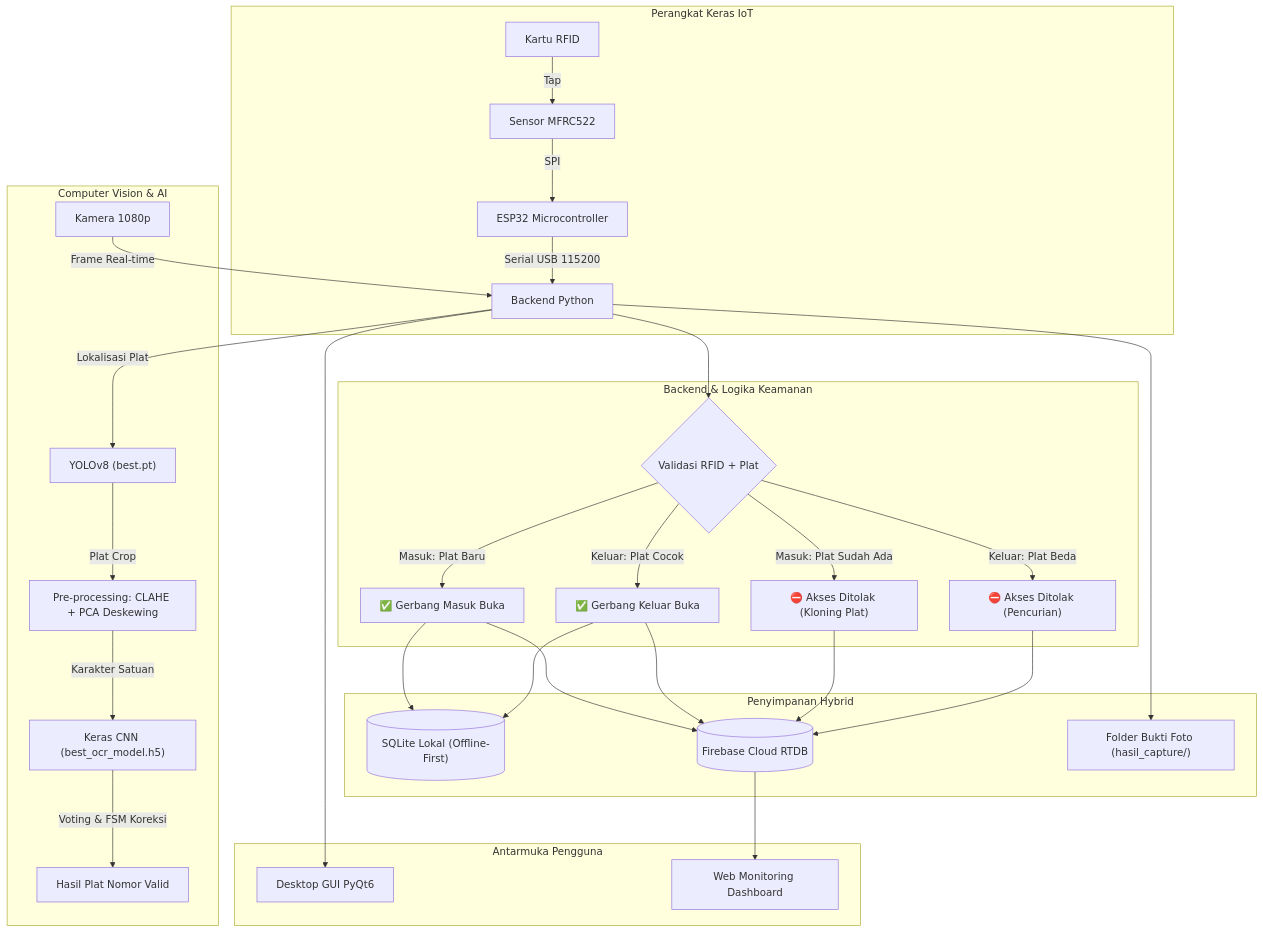
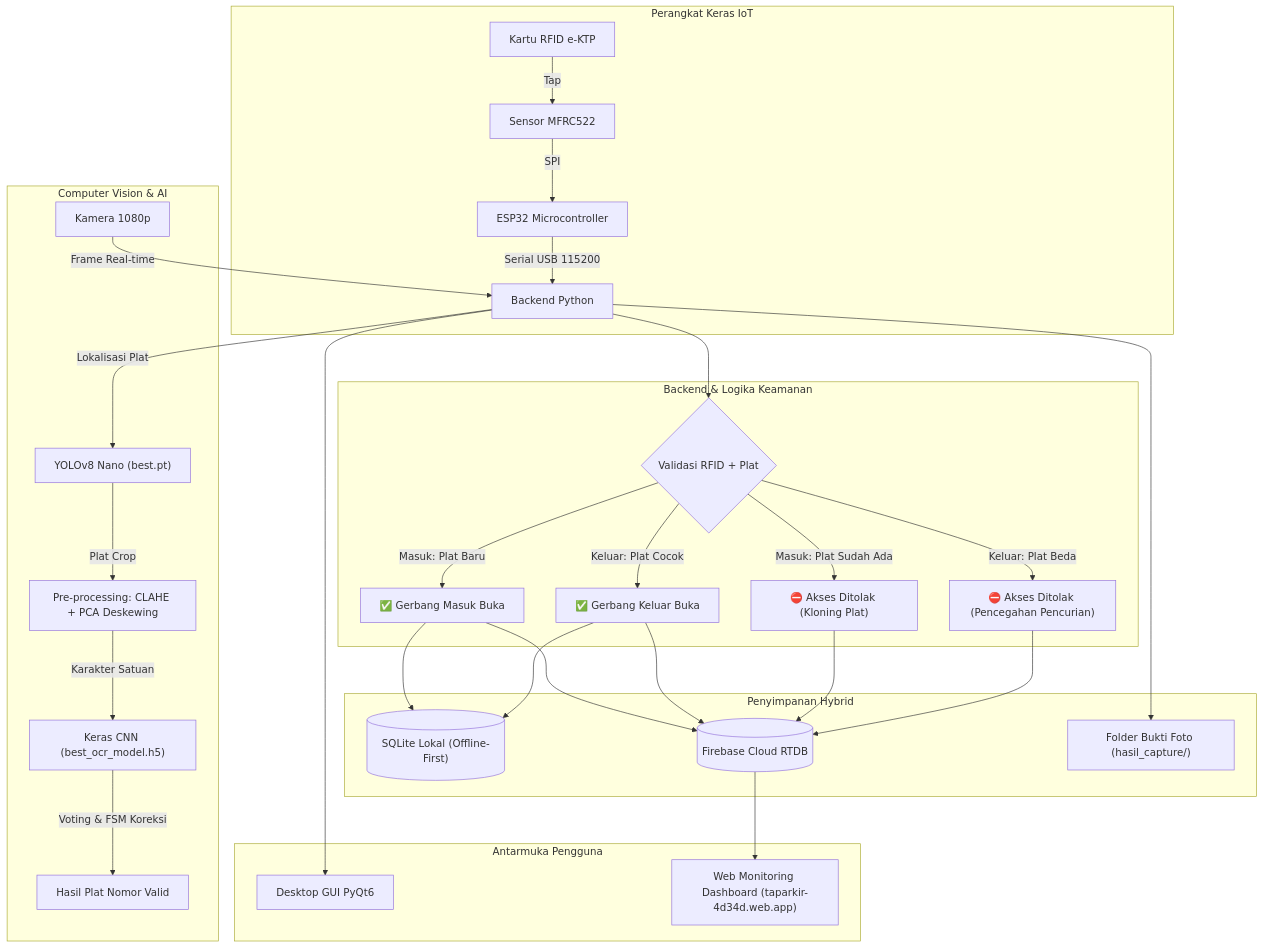
The diagram in README.md (EdvanVPRoject/Sistem-parkir-pintar-berbasis-visi-komputer-berbasis-iot-menggunakan-metode-yolo), drawn with Mermaid before and after one commit. The commit also changed other lines of this file and 3 other files, not shown here.

````diff
--- a/README.md
+++ b/README.md
@@ -32,35 +49,35 @@
 ```mermaid
 flowchart TD
     subgraph IoT["Perangkat Keras IoT"]
-        A[Kartu RFID] -->|Tap| B[Sensor MFRC522]
+        A[Kartu RFID e-KTP] -->|Tap| B[Sensor MFRC522]
         B -->|SPI| C[ESP32 Microcontroller]
         C -->|Serial USB 115200| D[Backend Python]
     end
 
     subgraph Vision["Computer Vision & AI"]
         Cam[Kamera 1080p] -->|Frame Real-time| D
-        D -->|Lokalisasi Plat| YOLO["YOLOv8 (best.pt)"]
+        D -->|Lokalisasi Plat| YOLO["YOLOv8 Nano (best.pt)"]
         YOLO -->|Plat Crop| Preprocess["Pre-processing: CLAHE + PCA Deskewing"]
         Preprocess -->|Karakter Satuan| CNN["Keras CNN (best_ocr_model.h5)"]
         CNN -->|Voting & FSM Koreksi| PlateResult["Hasil Plat Nomor Valid"]
     end
 
     subgraph Core["Backend & Logika Keamanan"]
         D --> Match{"Validasi RFID + Plat"}
         Match -->|Masuk: Plat Baru| AllowIn["✅ Gerbang Masuk Buka"]
         Match -->|Masuk: Plat Sudah Ada| DenyIn["⛔ Akses Ditolak (Kloning Plat)"]
         Match -->|Keluar: Plat Cocok| AllowOut["✅ Gerbang Keluar Buka"]
-        Match -->|Keluar: Plat Beda| DenyOut["⛔ Akses Ditolak (Pencurian)"]
+        Match -->|Keluar: Plat Beda| DenyOut["⛔ Akses Ditolak (Pencegahan Pencurian)"]
     end
 
     subgraph Storage["Penyimpanan Hybrid"]
         AllowIn & AllowOut --> SQLite[("SQLite Lokal (Offline-First)")]
         AllowIn & AllowOut & DenyIn & DenyOut --> Cloud[("Firebase Cloud RTDB")]
         D --> LocalDisk["Folder Bukti Foto (hasil_capture/)"]
     end
 
     subgraph UI["Antarmuka Pengguna"]
         D --> GUI["Desktop GUI PyQt6"]
-        Cloud --> Web["Web Monitoring Dashboard"]
+        Cloud --> Web["Web Monitoring Dashboard (taparkir-4d34d.web.app)"]
     end
 ```
````
